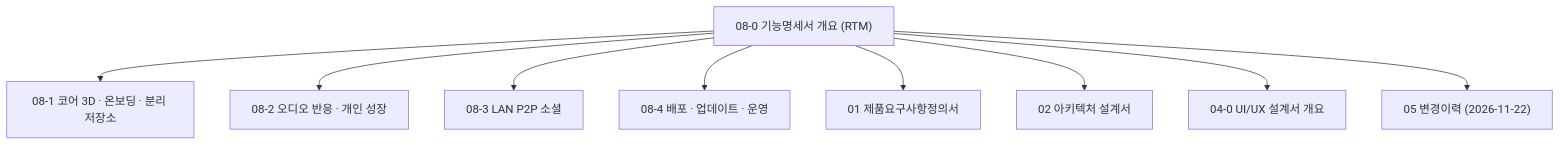
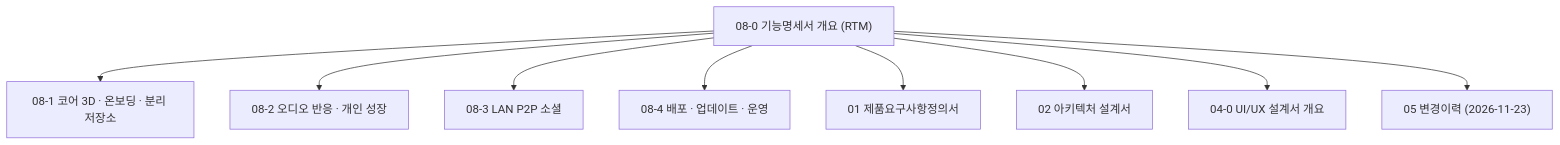
Before and after one commit to DJU-ADAS-LAB/LabPet: the diagram in docs/08_기능명세서/08-0_기능명세서_개요.md, drawn with Mermaid. The commit also changed other lines of this file and 60 other files, not shown here.

````diff
--- a/docs/08_기능명세서/08-0_기능명세서_개요.md
+++ b/docs/08_기능명세서/08-0_기능명세서_개요.md
@@ -33,11 +33,11 @@
 ```mermaid
 flowchart TD
     RTM["08-0 기능명세서 개요 (RTM)"] --> FT1["08-1 코어 3D · 온보딩 · 분리 저장소"]
     RTM --> FT2["08-2 오디오 반응 · 개인 성장"]
     RTM --> FT3["08-3 LAN P2P 소셜"]
     RTM --> FT4["08-4 배포 · 업데이트 · 운영"]
     RTM --> PRD["01 제품요구사항정의서"]
     RTM --> ARCH["02 아키텍처 설계서"]
     RTM --> UI["04-0 UI/UX 설계서 개요"]
-    RTM --> LOG["05 변경이력 (2026-11-22)"]
+    RTM --> LOG["05 변경이력 (2026-11-23)"]
 ```
````
